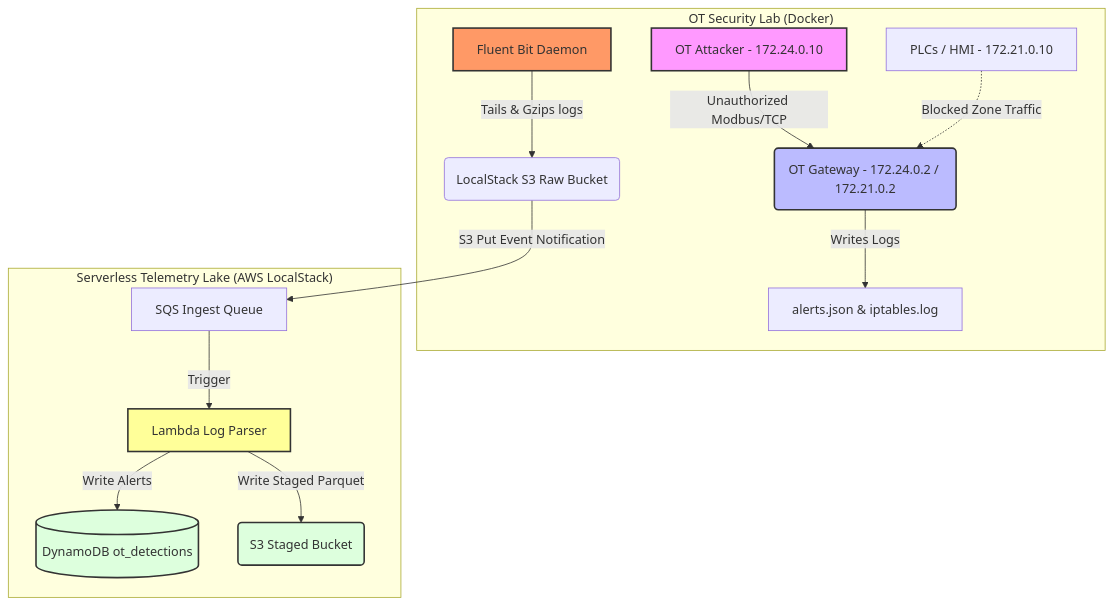
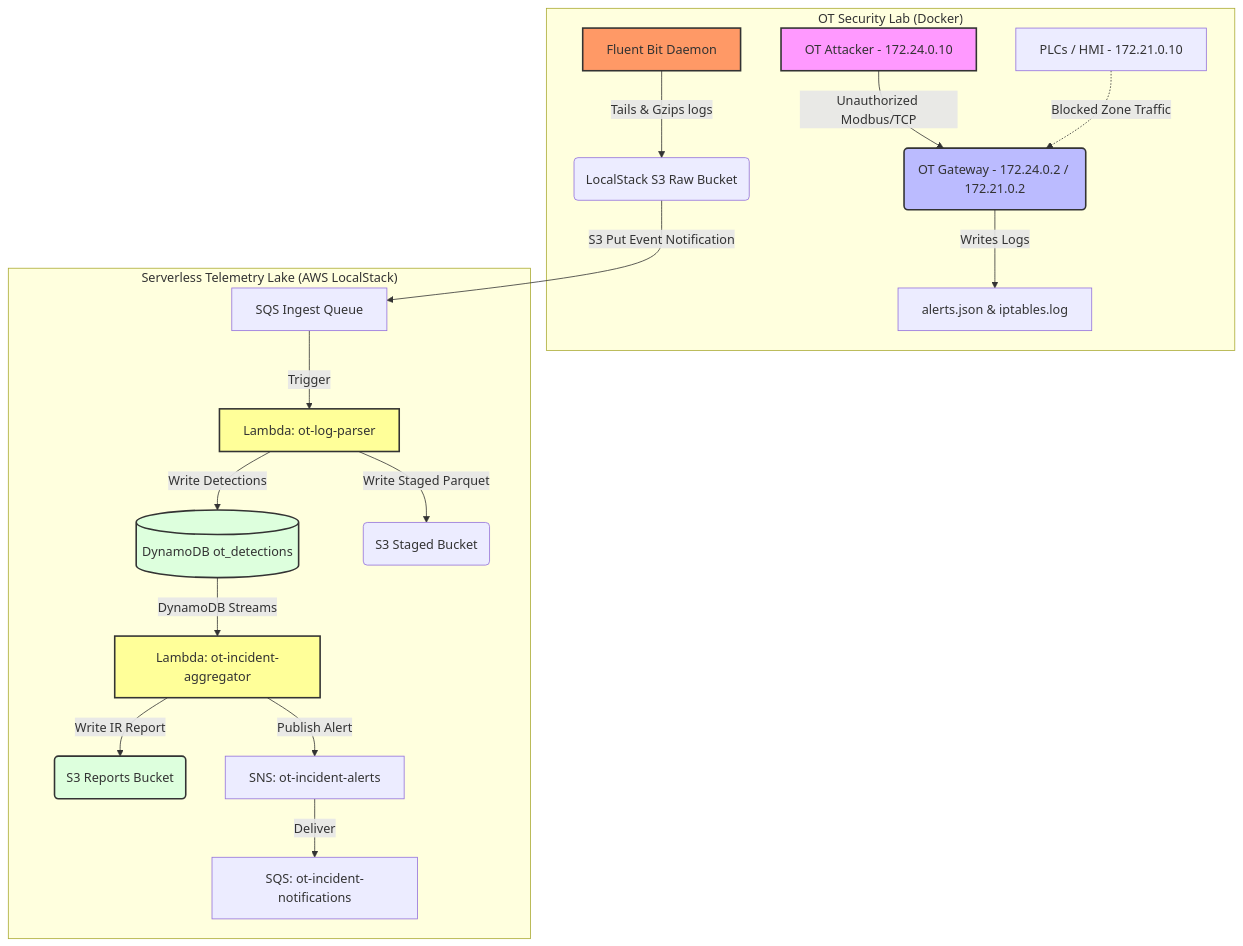
Before and after one commit to LiamCarPer/cloud-telemetry-lake: the diagram in README.md, drawn with Mermaid. The commit also changed other lines of this file and 10 other files, not shown here.

````diff
--- a/README.md
+++ b/README.md
@@ -18,23 +16,28 @@
 ```mermaid
 graph TD
     subgraph "OT Security Lab (Docker)"
         A[OT Attacker - 172.24.0.10] -- Unauthorized Modbus/TCP --> B("OT Gateway - 172.24.0.2 / 172.21.0.2")
         C[PLCs / HMI - 172.21.0.10] -. "Blocked Zone Traffic" .-> B
         B -- Writes Logs --> D[alerts.json & iptables.log]
         E[Fluent Bit Daemon] -- Tails & Gzips logs --> F("LocalStack S3 Raw Bucket")
     end
 
     subgraph "Serverless Telemetry Lake (AWS LocalStack)"
         F -- S3 Put Event Notification --> G[SQS Ingest Queue]
-        G -- Trigger --> H[Lambda Log Parser]
-        H -- Write Alerts --> I[(DynamoDB ot_detections)]
+        G -- Trigger --> H[Lambda: ot-log-parser]
+        H -- Write Detections --> I[(DynamoDB ot_detections)]
         H -- Write Staged Parquet --> J("S3 Staged Bucket")
+        I -- DynamoDB Streams --> K[Lambda: ot-incident-aggregator]
+        K -- Write IR Report --> L("S3 Reports Bucket")
+        K -- Publish Alert --> M[SNS: ot-incident-alerts]
+        M -- Deliver --> N[SQS: ot-incident-notifications]
     end
-    
+
     style A fill:#f9f,stroke:#333,stroke-width:2px
     style B fill:#bbf,stroke:#333,stroke-width:2px
     style E fill:#f96,stroke:#333,stroke-width:2px
     style H fill:#ff9,stroke:#333,stroke-width:2px
+    style K fill:#ff9,stroke:#333,stroke-width:2px
     style I fill:#dfd,stroke:#333,stroke-width:2px
-    style J fill:#dfd,stroke:#333,stroke-width:2px
+    style L fill:#dfd,stroke:#333,stroke-width:2px
 ```
````
